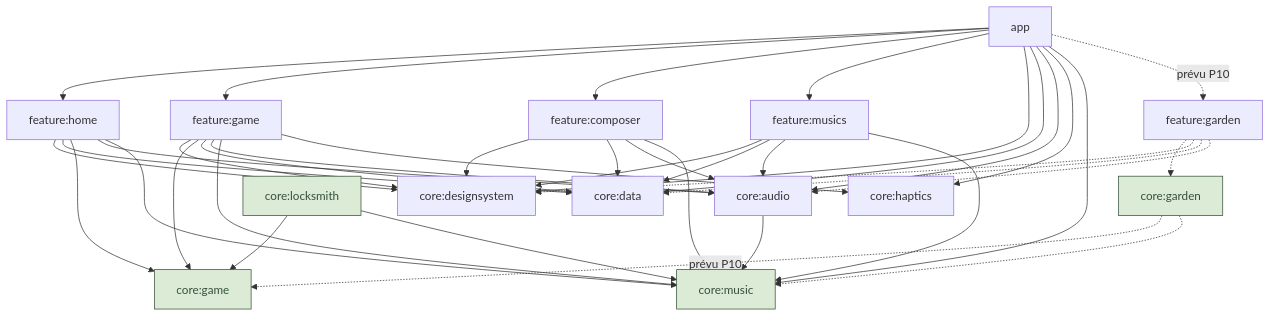
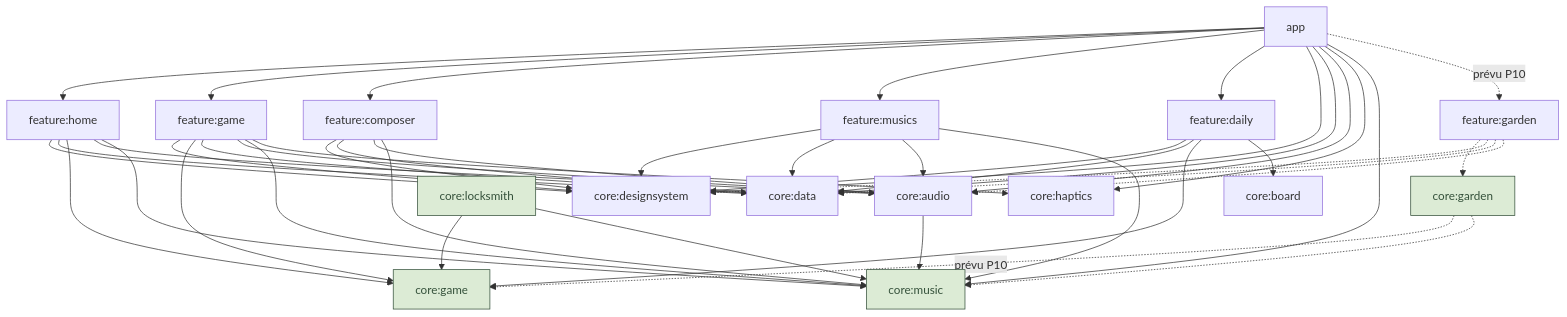
One commit to magori/blox changed the first of 2 diagrams in docs/architecture.md. Above: the diagram before and after it, drawn with Mermaid. The commit also changed other lines of this file and 42 other files, not shown here.

First line of the commit message:
✨ feat(feature-daily): écran d'entrée de la Graine du jour

````diff
--- a/docs/architecture.md
+++ b/docs/architecture.md
@@ -11,52 +11,58 @@
 ```mermaid
 graph TD
     app --> featureHome[feature:home]
     app --> featureGame[feature:game]
     app --> featureComposer[feature:composer]
     app --> featureMusics[feature:musics]
+    app --> featureDaily[feature:daily]
     app --> designsystem[core:designsystem]
     app --> data[core:data]
     app --> audio[core:audio]
     app --> haptics[core:haptics]
     app --> music
 
     featureHome --> designsystem
     featureHome --> data
     featureHome --> game
     featureHome --> audio
     featureHome --> music
 
     featureGame --> designsystem
     featureGame --> game[core:game]
     featureGame --> data
     featureGame --> audio
     featureGame --> music
     featureGame --> haptics
 
     featureComposer --> designsystem
     featureComposer --> data
     featureComposer --> audio
     featureComposer --> music
 
     featureMusics --> designsystem
     featureMusics --> data
     featureMusics --> audio
     featureMusics --> music
 
+    featureDaily --> designsystem
+    featureDaily --> data
+    featureDaily --> game
+    featureDaily --> board[core:board]
+
     audio --> music[core:music]
 
     locksmith[core:locksmith] --> game
     locksmith --> music
 
     garden[core:garden] -.->|prévu P10| game
     garden -.-> music
 
     app -.->|prévu P10| featureGarden[feature:garden]
     featureGarden -.-> garden
     featureGarden -.-> designsystem
     featureGarden -.-> data
     featureGarden -.-> audio
 
     classDef pure fill:#dcebd5,stroke:#34503a,color:#34503a
     class game,music,locksmith,garden pure
 ```
````
